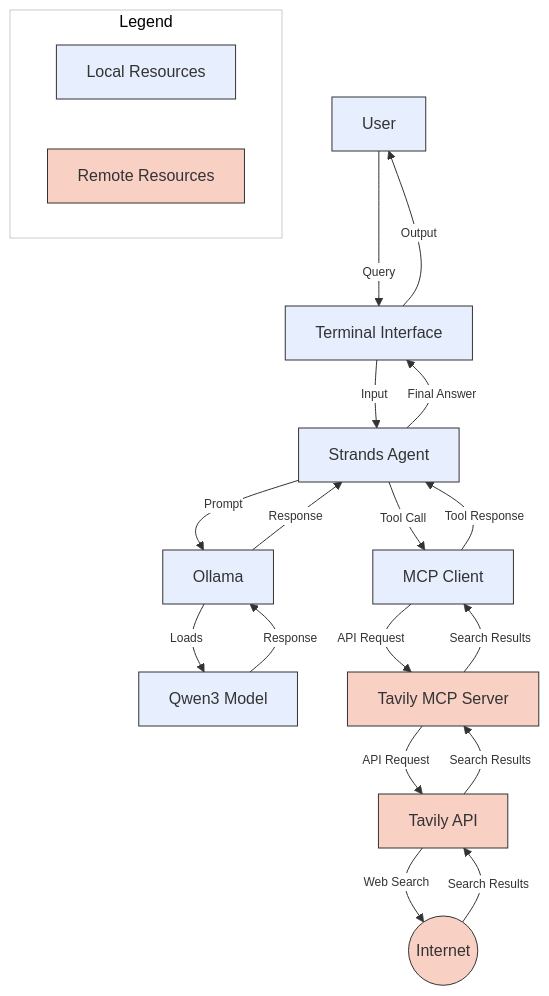
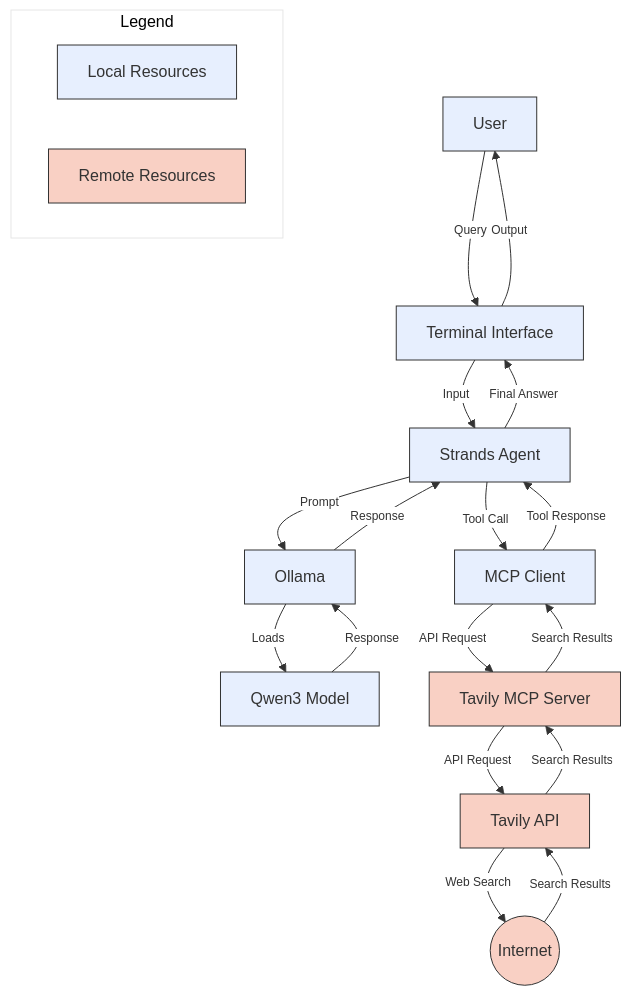
One commit to garystafford/web-research-agent-demo changed the diagram in README.md. Above: the diagram before and after it, drawn with Mermaid.

````diff
--- a/README.md
+++ b/README.md
@@ -7,40 +7,67 @@
 ```mermaid
-%%{init: {'theme': 'base', 'themeVariables': { 'edgeLabelBackground': '#ffffff', 'primaryColor': '#e7effe', 'primaryBorderColor': '#cccccc', 'secondaryBorderColor': '#cccccc', 'tertiaryBorderColor': '#cccccc', 'mainBkg': '#ffffff' }}}%%
+%%{
+  init: {
+    'theme': 'base',
+    'themeVariables': {
+      'primaryColor': '#e7effe',
+      'primaryTextColor': '#333',
+      'primaryBorderColor': '#333',
+      'lineColor': '#333',
+      'secondaryColor': '#fff',
+      'tertiaryColor': '#fff',
+      'fontFamily': 'arial',
+      'background': '#fff'
+    }
+  }
+}%%
+
 flowchart TD
-    %% Local Resources
-    User[User] -->|Query| Terminal[Terminal Interface]
-    Terminal -->|Input| Agent[Strands Agent]
-    Agent -->|Prompt| Ollama[Ollama]
-    Ollama -->|Loads| Qwen3[Qwen3 Model]
-    Agent -->|Tool Call| MCPClient[MCP Client]
+    %% Force background color using HTML-like styling
+    classDef bg fill:#ffffff
 
-    %% Remote Resources (colored differently)
-    MCPClient -->|API Request| TavilyMCP[Tavily MCP Server]:::remoteResource
-    TavilyMCP -->|API Request| TavilyAPI[Tavily API]:::remoteResource
-    TavilyAPI -->|Web Search| Internet((Internet)):::remoteResource
+    %% Create invisible background node covering the whole area
+    bg[" "]:::bg
+    style bg fill:#ffffff,stroke:none,color:#ffffff
+
+    %% Local Resources (use specific coloring)
+    classDef localResource fill:#e7effe,stroke:#333,stroke-width:1px
+    User[User]:::localResource
+    Terminal[Terminal Interface]:::localResource
+    Agent[Strands Agent]:::localResource
+    Ollama[Ollama]:::localResource
+    Qwen3[Qwen3 Model]:::localResource
+    MCPClient[MCP Client]:::localResource
+
+    %% Remote Resources (use specific coloring)
+    classDef remoteResource fill:#f9d0c4,stroke:#333,stroke-width:1px
+    TavilyMCP[Tavily MCP Server]:::remoteResource
+    TavilyAPI[Tavily API]:::remoteResource
+    Internet((Internet)):::remoteResource
+
+    %% Flow connections
+    User -->|Query| Terminal
+    Terminal -->|Input| Agent
+    Agent -->|Prompt| Ollama
+    Ollama -->|Loads| Qwen3
+    Agent -->|Tool Call| MCPClient
+    MCPClient -->|API Request| TavilyMCP
+    TavilyMCP -->|API Request| TavilyAPI
+    TavilyAPI -->|Web Search| Internet
     Internet -->|Search Results| TavilyAPI
     TavilyAPI -->|Search Results| TavilyMCP
-
-    %% Continue flow
     TavilyMCP -->|Search Results| MCPClient
     MCPClient -->|Tool Response| Agent
     Qwen3 -->|Response| Ollama
     Ollama -->|Response| Agent
     Agent -->|Final Answer| Terminal
     Terminal -->|Output| User
 
-    %% Style definitions
-    classDef localResource fill:#e7effe,stroke:#333,stroke-width:1px
-    classDef remoteResource fill:#f9d0c4,stroke:#333,stroke-width:1px
-
-    %% Apply local resource style to all nodes by default
-    class User,Terminal,Agent,Ollama,Qwen3,MCPClient localResource
-
+    %% Style for all connections
     linkStyle default stroke:#333,stroke-width:1px,font-size:12px
 
     %% Legend at the bottom of the diagram
     subgraph Legend
         LocalRes[Local Resources]:::localResource
         RemoteRes[Remote Resources]:::remoteResource
     end
 ```
````
